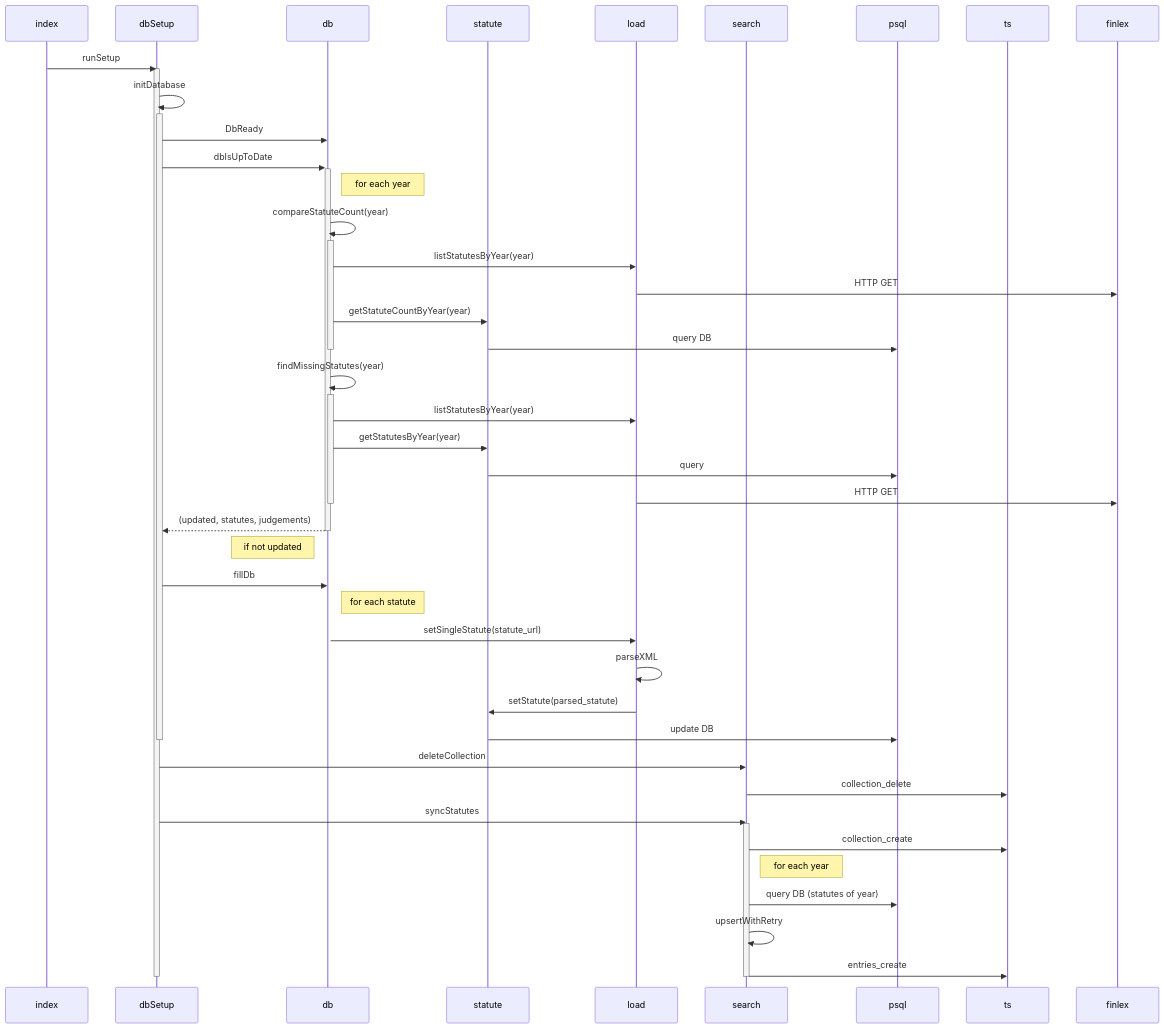
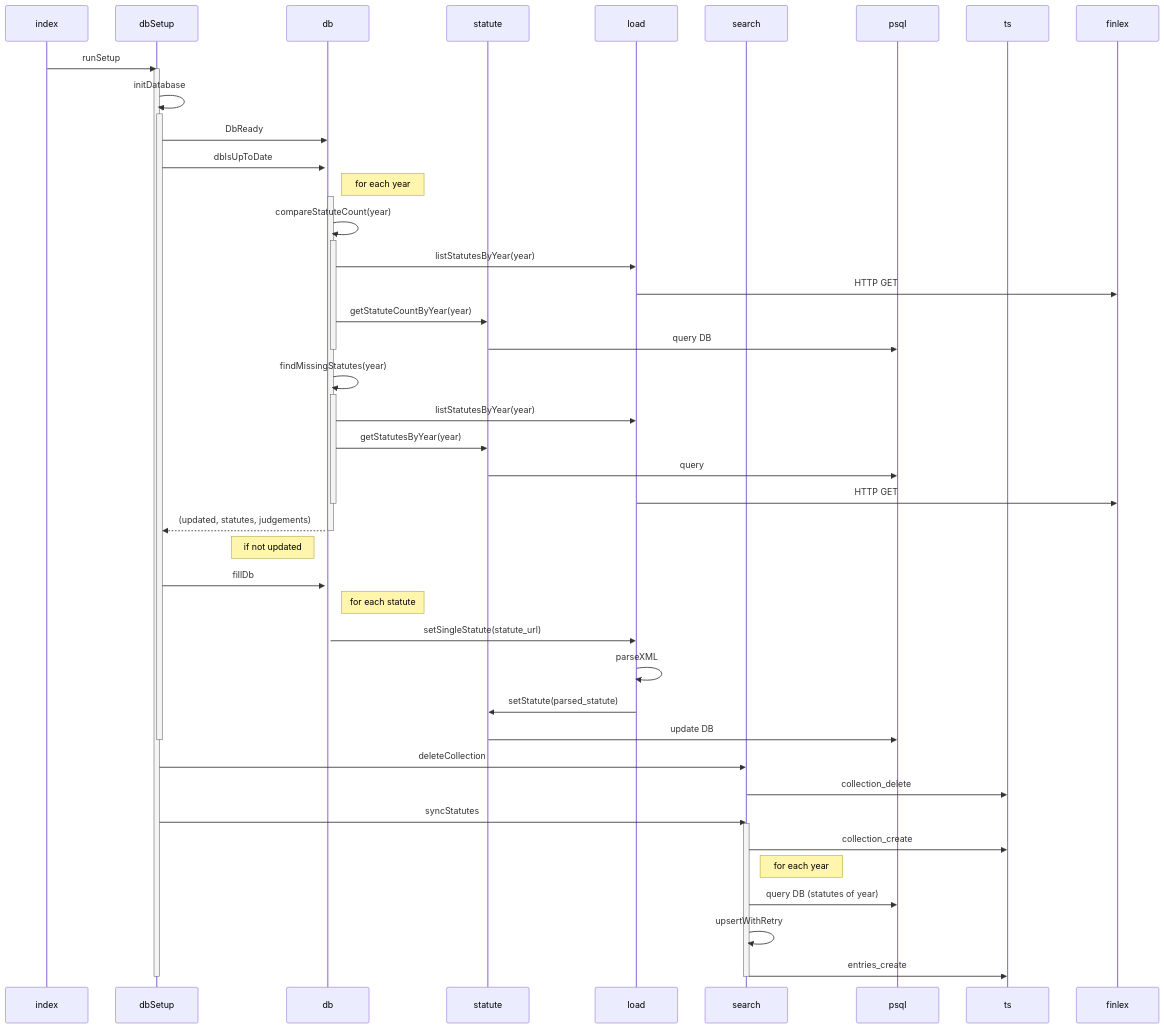
One commit to UniversityOfHelsinkiCS/finlex changed the diagram in README.md. Above: the diagram before and after it, drawn with Mermaid.

````diff
--- a/README.md
+++ b/README.md
@@ -18,56 +18,56 @@
 ```mermaid
 sequenceDiagram
   participant index
   participant dbSetup
   participant db
   participant statute
   participant load
   participant search
   participant psql
   participant ts
   participant finlex
 
   index ->> dbSetup: runSetup
   activate dbSetup
   dbSetup ->> dbSetup: initDatabase
-  activate dbSetup
-  dbSetup ->> db: DbReady
-  dbSetup ->>+ db: dbIsUpToDate
-  Note right of db: for each year
-  db ->> db: compareStatuteCount(year)
-    activate db
-    db ->> load: listStatutesByYear(year)
-    load ->> finlex: HTTP GET
-    db ->> statute: getStatuteCountByYear(year)
-    statute ->> psql: query DB
-    deactivate db
-  db ->> db: findMissingStatutes(year)
-    activate db
-    db ->> load : listStatutesByYear(year)
-    db ->> statute: getStatutesByYear(year)
-    statute ->> psql: query
-    load ->> finlex: HTTP GET
-    deactivate db
-  db -->> dbSetup: (updated, statutes, judgements)
-  deactivate db
-  Note left of db: if not updated
-  dbSetup ->> db: fillDb
-  activate db
-  Note right of db: for each statute
-  db ->> load: setSingleStatute(statute_url)
-  load ->> load: parseXML
-  load ->> statute: setStatute(parsed_statute)
-  statute ->> psql: update DB
-  deactivate dbSetup
+    activate dbSetup
+    dbSetup ->> db: DbReady
+    dbSetup ->>+ db: dbIsUpToDate
+    Note right of db: for each year
+      activate db
+      db ->> db: compareStatuteCount(year)
+        activate db
+        db ->> load: listStatutesByYear(year)
+        load ->> finlex: HTTP GET
+        db ->> statute: getStatuteCountByYear(year)
+        statute ->> psql: query DB
+        deactivate db
+      db ->> db: findMissingStatutes(year)
+        activate db
+        db ->> load : listStatutesByYear(year)
+        db ->> statute: getStatutesByYear(year)
+        statute ->> psql: query
+        load ->> finlex: HTTP GET
+        deactivate db
+      db -->> dbSetup: (updated, statutes, judgements)
+      deactivate db
+    Note left of db: if not updated
+    dbSetup ->> db: fillDb
+    Note right of db: for each statute
+    db ->> load: setSingleStatute(statute_url)
+    load ->> load: parseXML
+    load ->> statute: setStatute(parsed_statute)
+    statute ->> psql: update DB
+    deactivate dbSetup
   dbSetup ->> search: deleteCollection
   search ->> ts: collection_delete
   dbSetup ->> search: syncStatutes
     activate search
     search ->> ts: collection_create
     Note right of search: for each year
     search ->> psql: query DB (statutes of year)
     search ->> search: upsertWithRetry
     search ->> ts: entries_create
     deactivate search
   deactivate dbSetup
 ```
````
